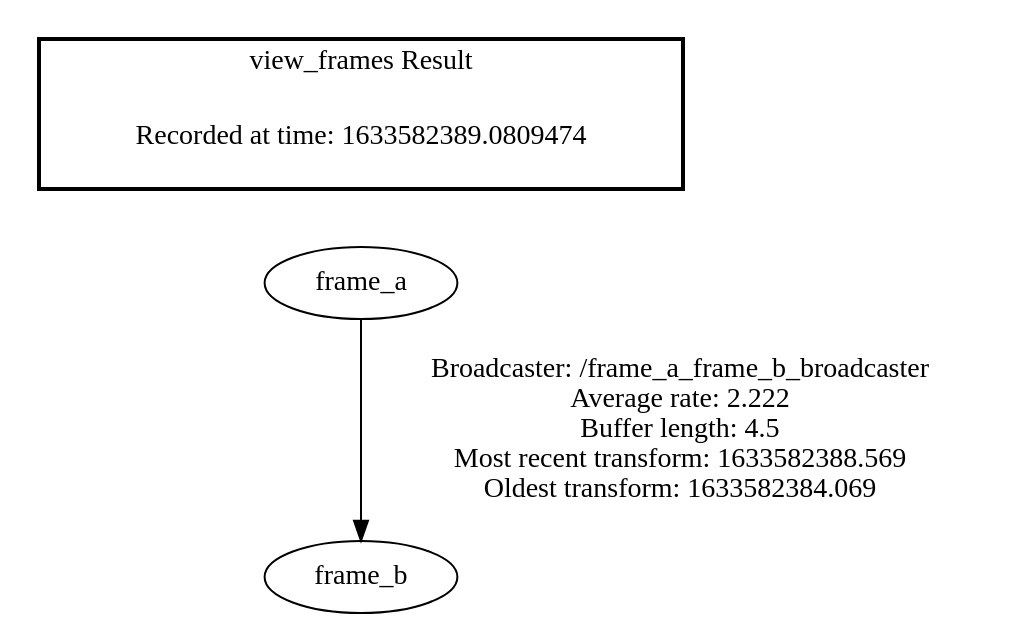
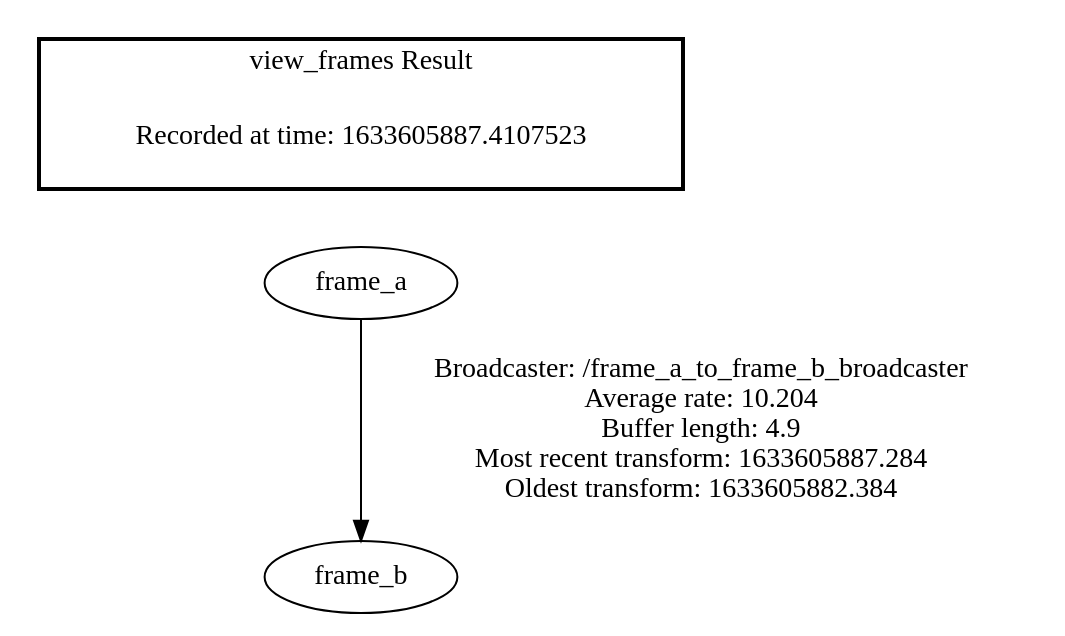
One commit to PiyushMahamuni/roslearning changed the diagram in src/TF/frames.gv. Above: the diagram before and after it, drawn with Graphviz. The commit also changed 2 other files, not shown here.

```diff
--- a/src/TF/frames.gv
+++ b/src/TF/frames.gv
@@ -1,7 +1,7 @@
 digraph G {
-"frame_a" -> "frame_b"[label=" Broadcaster: /frame_a_frame_b_broadcaster\nAverage rate: 2.222\nBuffer length: 4.5\nMost recent transform: 1633582388.569\nOldest transform: 1633582384.069\n"];
+"frame_a" -> "frame_b"[label=" Broadcaster: /frame_a_to_frame_b_broadcaster\nAverage rate: 10.204\nBuffer length: 4.9\nMost recent transform: 1633605887.284\nOldest transform: 1633605882.384\n"];
 edge [style=invis];
  subgraph cluster_legend { style=bold; color=black; label ="view_frames Result";
-"Recorded at time: 1633582389.0809474"[ shape=plaintext ] ;
+"Recorded at time: 1633605887.4107523"[ shape=plaintext ] ;
 }->"frame_a";
 }
```
